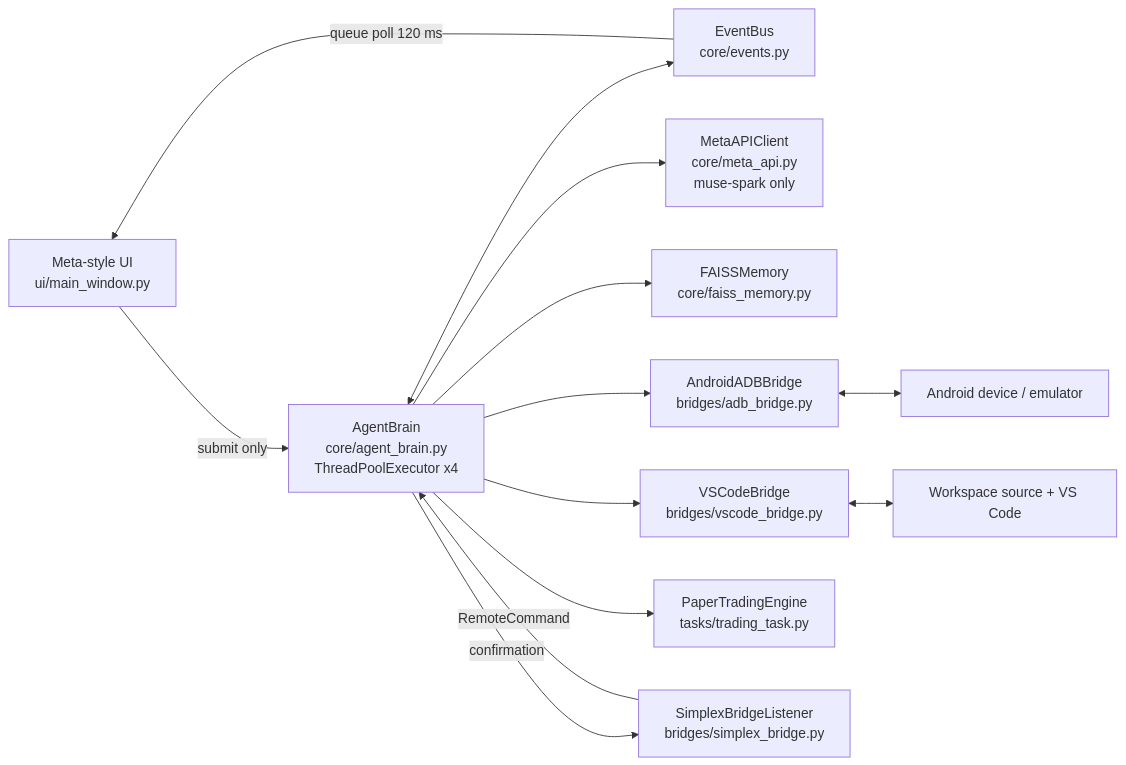
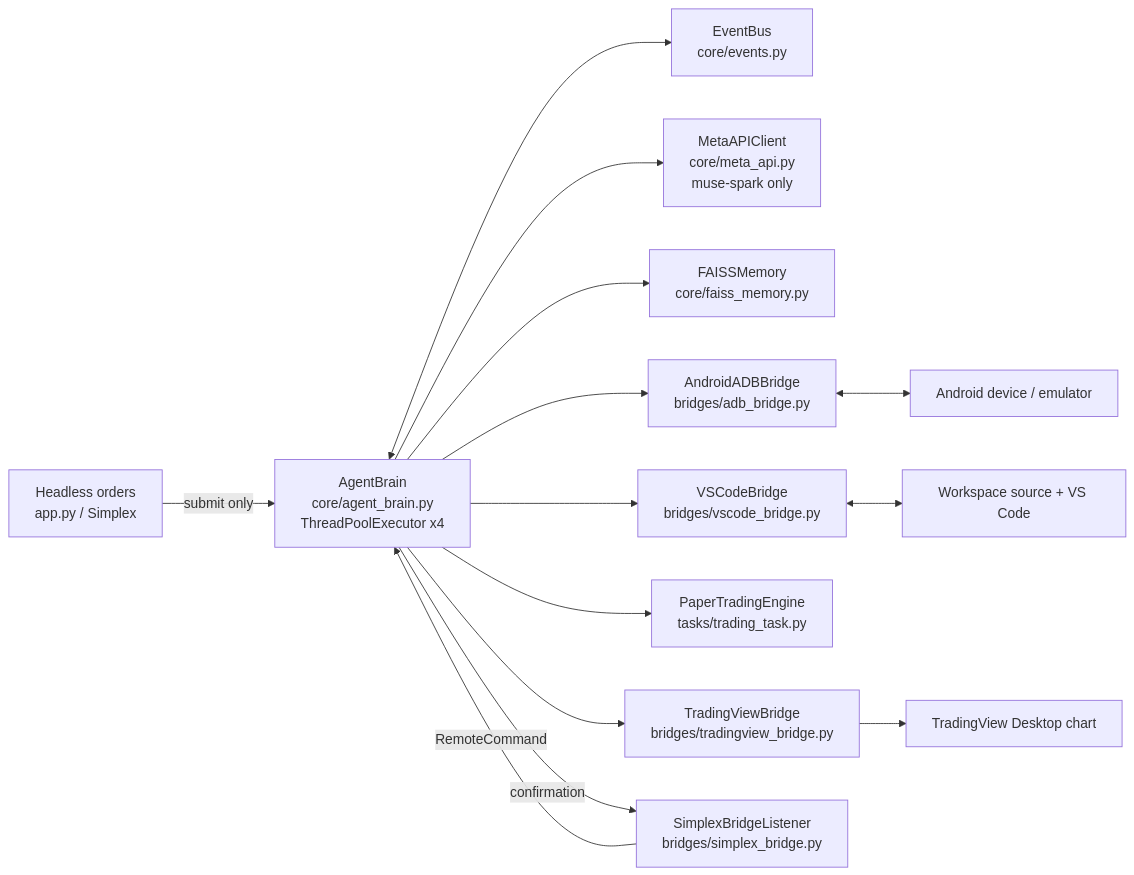
Before and after one commit to arturochs13-boop/Orunex: the diagram in docs/HACKATHON_ARCHITECTURE.md, drawn with Mermaid. The commit also changed other lines of this file and 54 other files, not shown here.

First line of the commit message:
Add independent agent cursor, native TradingView flow, and paper-entry evidence

````diff
--- a/docs/HACKATHON_ARCHITECTURE.md
+++ b/docs/HACKATHON_ARCHITECTURE.md
@@ -15,15 +15,16 @@
 ```mermaid
 flowchart LR
-    UI["Meta-style UI<br/>ui/main_window.py"] -->|submit only| BRAIN["AgentBrain<br/>core/agent_brain.py<br/>ThreadPoolExecutor x4"]
+    CLI["Headless orders<br/>app.py / Simplex"] -->|submit only| BRAIN["AgentBrain<br/>core/agent_brain.py<br/>ThreadPoolExecutor x4"]
     BRAIN <--> BUS["EventBus<br/>core/events.py"]
-    BUS -->|queue poll 120 ms| UI
     BRAIN --> META["MetaAPIClient<br/>core/meta_api.py<br/>muse-spark only"]
     BRAIN --> FAISS["FAISSMemory<br/>core/faiss_memory.py"]
     BRAIN --> ADB["AndroidADBBridge<br/>bridges/adb_bridge.py"]
     BRAIN --> VSC["VSCodeBridge<br/>bridges/vscode_bridge.py"]
     BRAIN --> PAPER["PaperTradingEngine<br/>tasks/trading_task.py"]
+    BRAIN --> TV["TradingViewBridge<br/>bridges/tradingview_bridge.py"]
+    TV --> CHART["TradingView Desktop chart"]
     SX["SimplexBridgeListener<br/>bridges/simplex_bridge.py"] -->|RemoteCommand| BRAIN
     BRAIN -->|confirmation| SX
     ADB <--> PHONE["Android device / emulator"]
     VSC <--> FILES["Workspace source + VS Code"]
 ```
````
